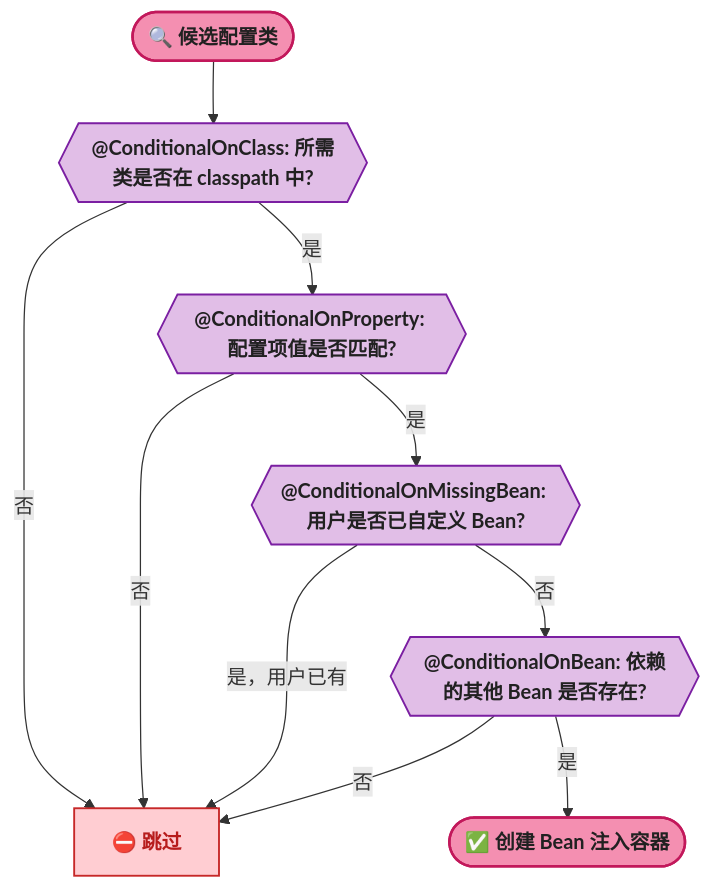
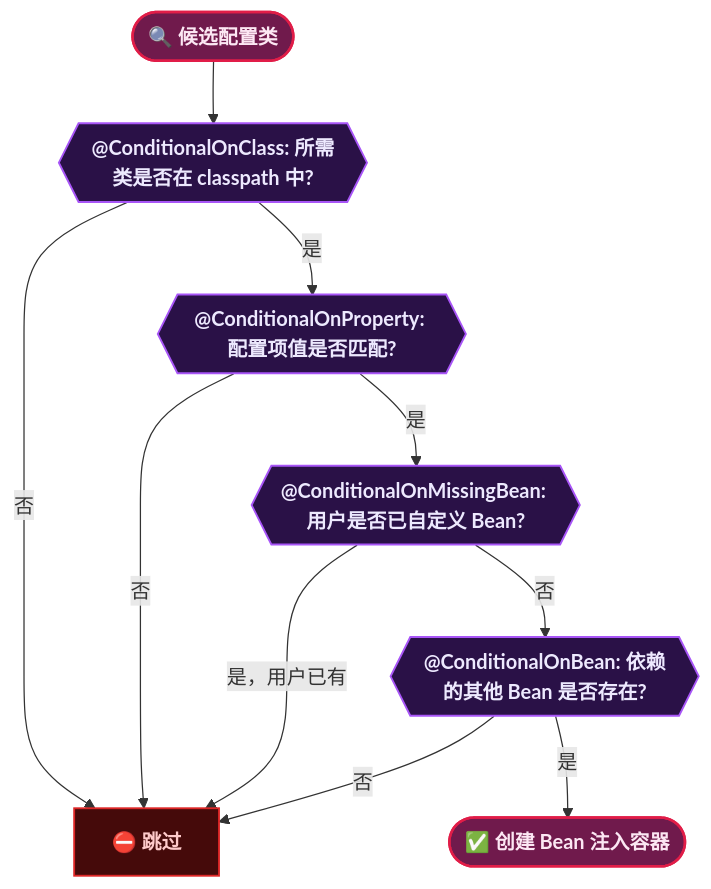
The sixth of 7 diagrams in content/posts/spring/SpringBootStarterPractice.md (yaocat55/yaocat55.github.io), drawn with Mermaid before and after one commit. The commit also changed other lines of this file and 155 other files, not shown here.

````diff
--- a/content/posts/spring/SpringBootStarterPractice.md
+++ b/content/posts/spring/SpringBootStarterPractice.md
@@ -618,27 +634,27 @@
 ```mermaid
 flowchart TD
     START([🔍 候选配置类]) --> C1
     C1{{"@ConditionalOnClass: 所需类是否在 classpath 中?"}}
     C1 -->|否| SKIP[⛔ 跳过]
     C1 -->|是| C2
 
     C2{{"@ConditionalOnProperty: 配置项值是否匹配?"}}
     C2 -->|否| SKIP
     C2 -->|是| C3
 
     C3{{"@ConditionalOnMissingBean: 用户是否已自定义 Bean?"}}
     C3 -->|是，用户已有| SKIP
     C3 -->|否| C4
 
     C4{{"@ConditionalOnBean: 依赖的其他 Bean 是否存在?"}}
     C4 -->|否| SKIP
     C4 -->|是| CREATE([✅ 创建 Bean 注入容器])
 
-    classDef startEnd fill:#F48FB1,stroke:#C2185B,stroke-width:2px,color:#212121,font-weight:bold
-    classDef condition fill:#E1BEE7,stroke:#7B1FA2,stroke-width:1.5px,color:#212121,font-weight:bold
-    classDef reject fill:#FFCDD2,stroke:#C62828,stroke-width:1.5px,color:#B71C1C,font-weight:bold
+classDef startEnd fill:#701a4c,stroke:#e11d48,stroke-width:2px,color:#fce7f3,font-weight:bold;
+classDef condition fill:#2a1147,stroke:#a855f7,stroke-width:1.5px,color:#ede9fe,font-weight:bold;
+classDef reject fill:#450a0a,stroke:#dc2626,stroke-width:1.5px,color:#fecaca,font-weight:bold;
 
     class START,CREATE startEnd
     class C1,C2,C3,C4 condition
     class SKIP reject
 ```
````
